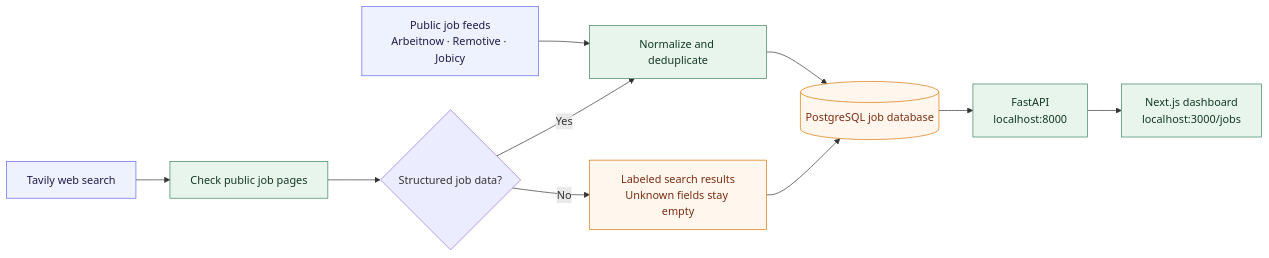
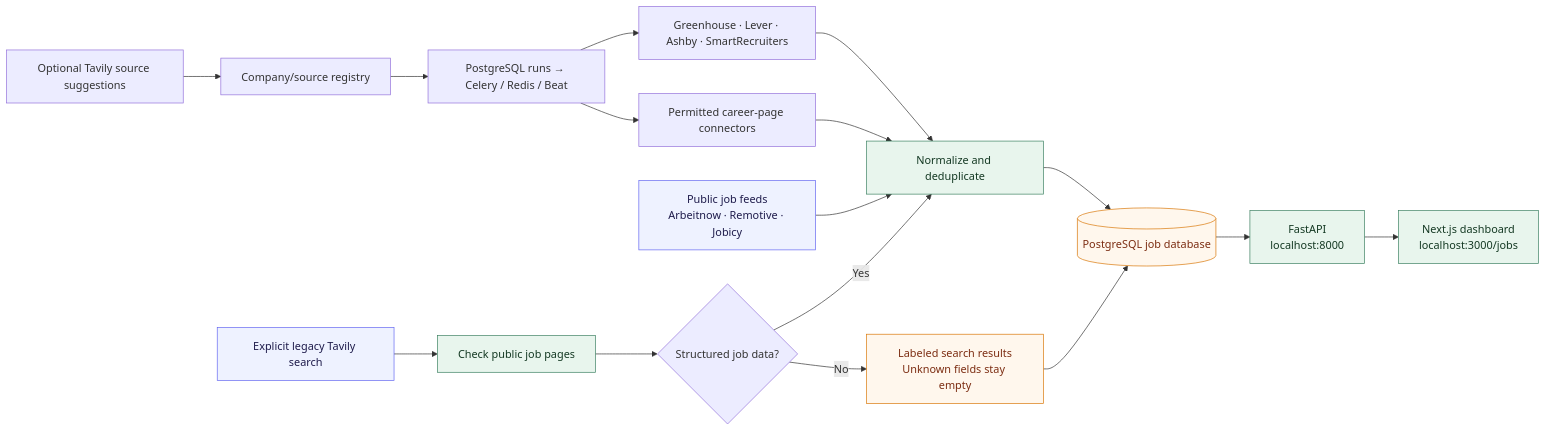
The first of 2 diagrams in README.md (wurtz-codez/applyr), drawn with Mermaid before and after one commit. The commit also changed other lines of this file and 62 other files, not shown here.

First line of the commit message:
feat: add durable multi-source job ingestion engine

````diff
--- a/README.md
+++ b/README.md
@@ -28,19 +42,25 @@
 ```mermaid
 flowchart LR
+    REGISTRY["Company/source registry"] --> QUEUE["PostgreSQL runs → Celery / Redis / Beat"]
+    QUEUE --> ATS["Greenhouse · Lever · Ashby · SmartRecruiters"]
+    QUEUE --> CRAWL["Permitted career-page connectors"]
+    ATS --> NORMALIZE
+    CRAWL --> NORMALIZE
     FEEDS["Public job feeds<br/>Arbeitnow · Remotive · Jobicy"] --> NORMALIZE["Normalize and deduplicate"]
-    SEARCH["Tavily web search"] --> PAGES["Check public job pages"]
+    DISCOVERY["Optional Tavily source suggestions"] --> REGISTRY
+    SEARCH["Explicit legacy Tavily search"] --> PAGES["Check public job pages"]
     PAGES --> STRUCTURED{"Structured job data?"}
     STRUCTURED -- Yes --> NORMALIZE
     STRUCTURED -- No --> LEADS["Labeled search results<br/>Unknown fields stay empty"]
     NORMALIZE --> DB[("PostgreSQL job database")]
     LEADS --> DB
     DB --> API["FastAPI<br/>localhost:8000"]
     API --> WEB["Next.js dashboard<br/>localhost:3000/jobs"]
 
     classDef source fill:#eef2ff,stroke:#6366f1,color:#1e1b4b
     classDef app fill:#e8f5ed,stroke:#3b8061,color:#143923
     classDef data fill:#fff7ed,stroke:#d97706,color:#7c2d12
     class FEEDS,SEARCH source
     class NORMALIZE,PAGES,API,WEB app
     class DB,LEADS data
 ```
````
